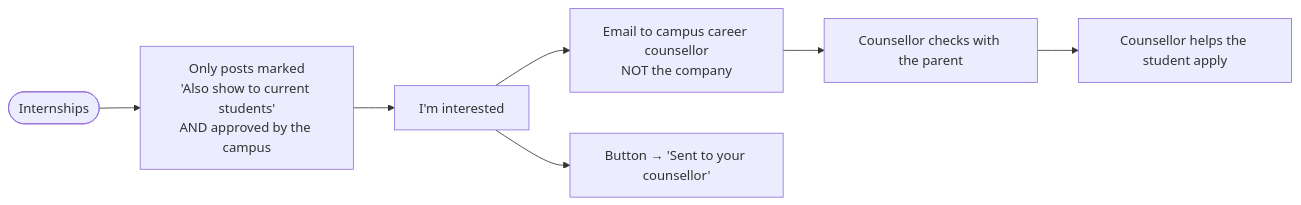
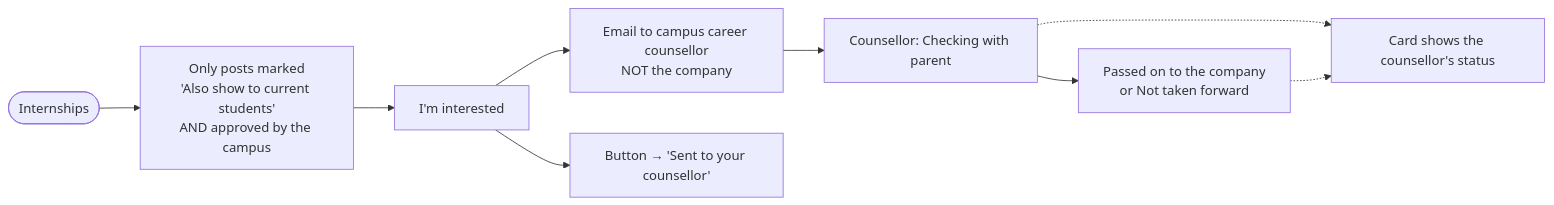
The sixth of 8 diagrams in docs/STUDENT-FLOW.md (shubham-pawar-tc/vibgyor-alumni), drawn with Mermaid before and after one commit. The commit also changed other lines of this file and 17 other files, not shown here.

First line of the commit message:
feat: build the remaining open items from the flow docs

````diff
--- a/docs/STUDENT-FLOW.md
+++ b/docs/STUDENT-FLOW.md
@@ -186,9 +186,11 @@
 ```mermaid
 flowchart LR
     A([Internships]) --> B[Only posts marked<br/>'Also show to current students'<br/>AND approved by the campus]
     B --> C[I'm interested]
     C --> D[Email to campus career counsellor<br/>NOT the company]
-    D --> E[Counsellor checks with the parent]
-    E --> F[Counsellor helps the student apply]
+    D --> E[Counsellor: Checking with parent]
+    E --> F[Passed on to the company<br/>or Not taken forward]
     C --> G[Button → 'Sent to your counsellor']
+    E -.-> G2[Card shows the counsellor's status]
+    F -.-> G2
 ```
````
